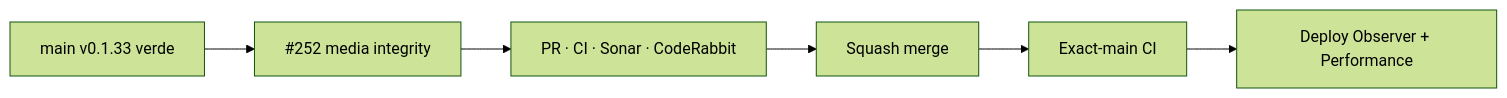
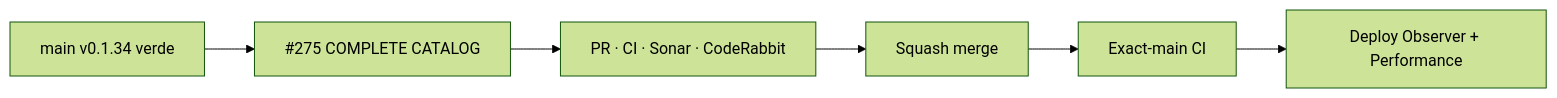
One commit to pl0n3r/brvtal changed the diagram in README.md. Above: the diagram before and after it, drawn with Mermaid (forest theme). The commit also changed other lines of this file and 5 other files, not shown here.

First line of the commit message:
fix(admin): make Bulk Actions catalog complete (v0.1.35) (#603)

````diff
--- a/README.md
+++ b/README.md
@@ -49,8 +50,8 @@
 ```mermaid
 flowchart LR
- B["main v0.1.33 verde"] --> S["#252 media integrity"]
+ B["main v0.1.34 verde"] --> S["#275 COMPLETE CATALOG"]
  S --> P["PR · CI · Sonar · CodeRabbit"]
  P --> M["Squash merge"]
  M --> X["Exact-main CI"]
  X --> D["Deploy Observer + Performance"]
 ```
````
